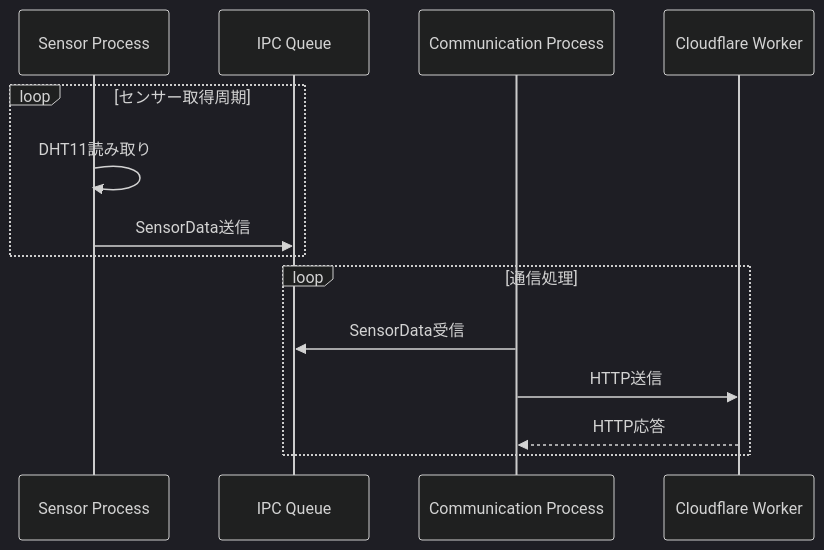
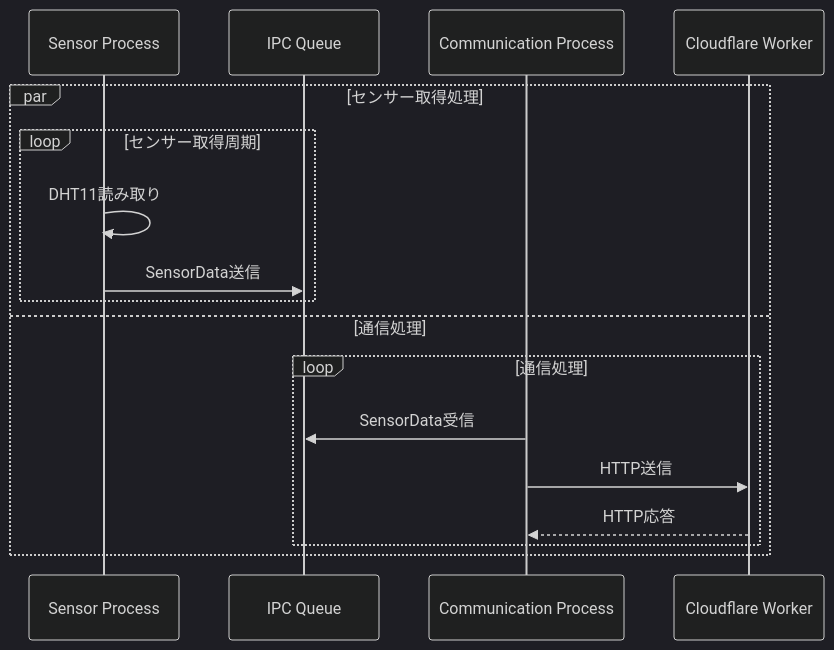
Before and after one commit to yujimasuda77777/Raspberry_Pi_4B_Edge_IoT_System: the ninth of 15 diagrams in docs/04_data_ipc_communication.md, drawn with Mermaid (dark theme). The commit also changed other lines of this file, not shown here.

````diff
--- a/docs/04_data_ipc_communication.md
+++ b/docs/04_data_ipc_communication.md
@@ -549,18 +562,20 @@
 ```mermaid
 sequenceDiagram
     participant Sensor as Sensor Process
     participant IPC as IPC Queue
     participant Comm as Communication Process
     participant Worker as Cloudflare Worker
 
-    loop センサー取得周期
-        Sensor->>Sensor: DHT11読み取り
-        Sensor->>IPC: SensorData送信
-    end
-
-    loop 通信処理
-        Comm->>IPC: SensorData受信
-        Comm->>Worker: HTTP送信
-        Worker-->>Comm: HTTP応答
+    par センサー取得処理
+        loop センサー取得周期
+            Sensor->>Sensor: DHT11読み取り
+            Sensor->>IPC: SensorData送信
+        end
+    and 通信処理
+        loop 通信処理
+            Comm->>IPC: SensorData受信
+            Comm->>Worker: HTTP送信
+            Worker-->>Comm: HTTP応答
+        end
     end
 ```
````
